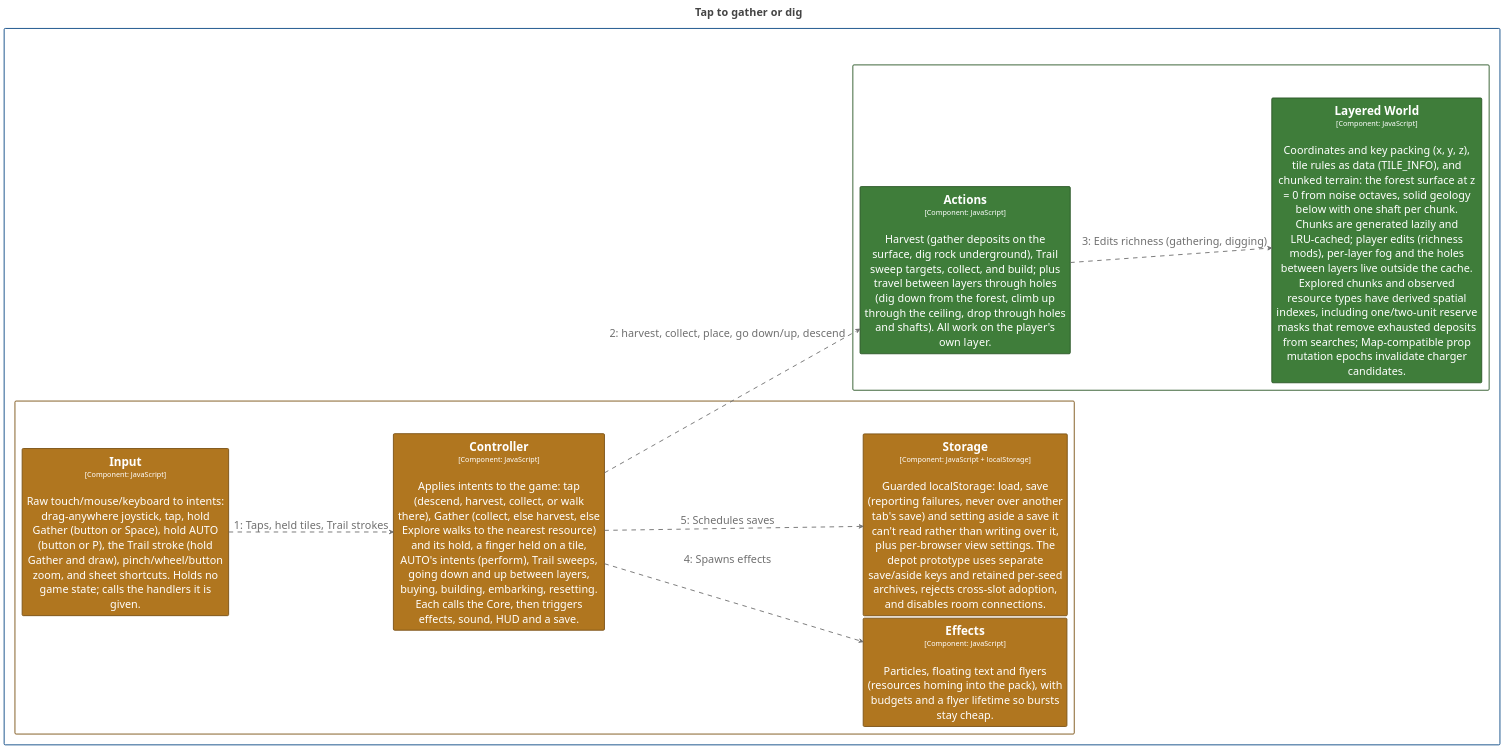
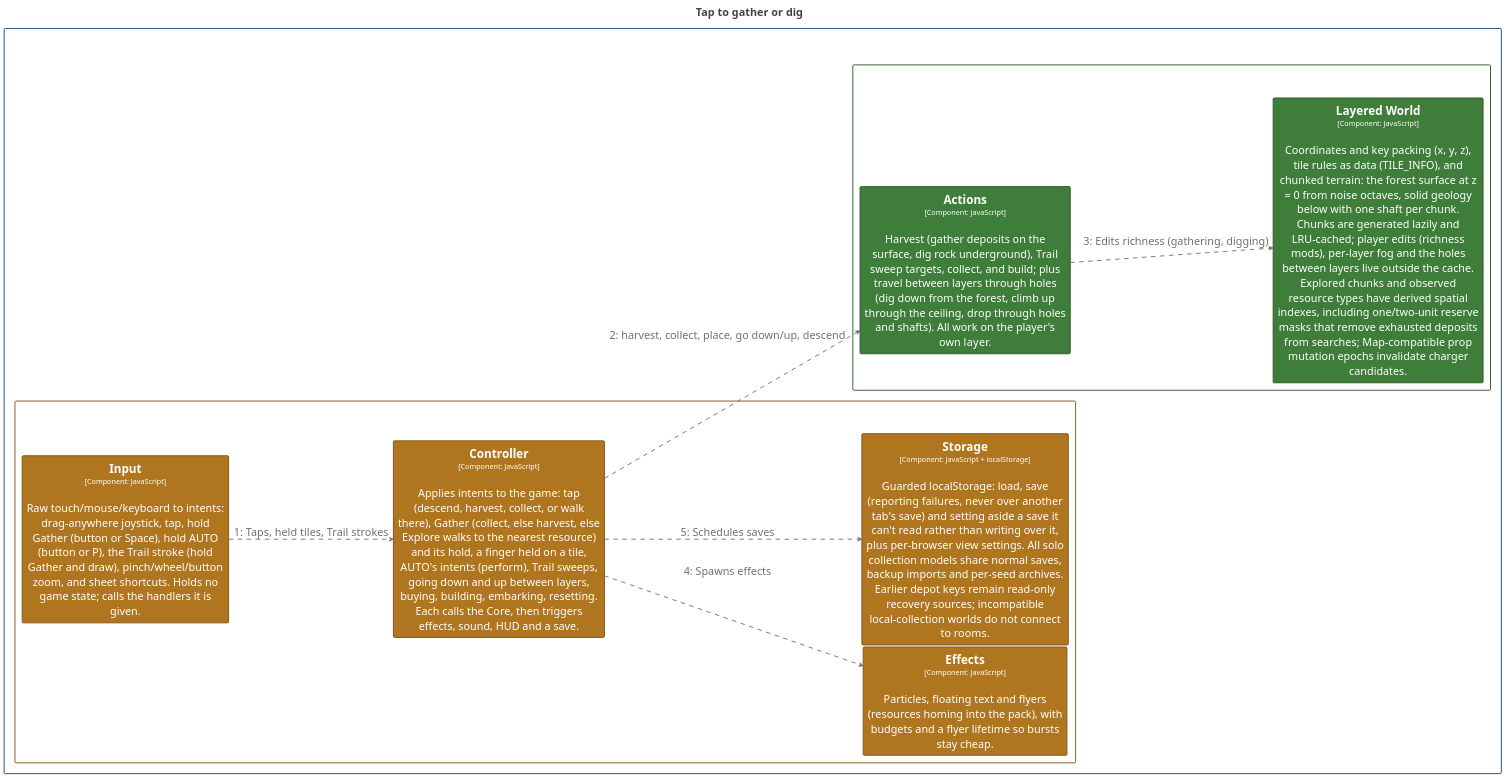
Before and after one commit to bitkojine/more-than-enough: the diagram in structurizr/diagrams/CollectFlow.puml, drawn with PlantUML. The commit also changed 30 other files, not shown here.

Commit message:
Remove retired prototype paths and unify solo backup imports

```diff
--- a/structurizr/diagrams/CollectFlow.puml
+++ b/structurizr/diagrams/CollectFlow.puml
@@ -2,104 +2,104 @@
 @startuml
 title <size:24>Tap to gather or dig</size>
 
 set separator none
 left to right direction
 skinparam ranksep 20
 skinparam nodesep 5
 hide stereotype
 
 <style>
   root {
     BackgroundColor: #ffffff;
     FontColor: #444444;
   }
   // Element,Component,Core Engine
   .Element-RWxlbWVudCxDb21wb25lbnQsQ29yZSBFbmdpbmU= {
     BackgroundColor: #3f7d3a;
     LineColor: #2c5728;
     LineStyle: 0;
     LineThickness: 2;
     FontColor: #ffffff;
     FontSize: 24;
     HorizontalAlignment: center;
     Shadowing: 0;
     MaximumWidth: 450;
   }
   // Element,Component,Presentation
   .Element-RWxlbWVudCxDb21wb25lbnQsUHJlc2VudGF0aW9u {
     BackgroundColor: #b0761f;
     LineColor: #7b5215;
     LineStyle: 0;
     LineThickness: 2;
     FontColor: #ffffff;
     FontSize: 24;
     HorizontalAlignment: center;
     Shadowing: 0;
     MaximumWidth: 450;
   }
   // Relationship
   .Relationship-UmVsYXRpb25zaGlw {
     LineThickness: 2;
     LineStyle: 10-10;
     LineColor: #707070;
     FontColor: #707070;
     FontSize: 24;
     MaximumWidth: 200;
   }
   // MORE THAN ENOUGH
   .Boundary-TU9SRSBUSEFOIEVOT1VHSA== {
     BackgroundColor: #ffffff;
     LineColor: #0b4884;
     LineStyle: 0;
     LineThickness: 2;
     FontColor: #ffffff;
     FontSize: 24;
     HorizontalAlignment: center;
     Shadowing: 0;
   }
   // Simulation Core
   .Boundary-U2ltdWxhdGlvbiBDb3Jl {
     BackgroundColor: #ffffff;
     LineColor: #2c5728;
     LineStyle: 0;
     LineThickness: 2;
     FontColor: #ffffff;
     FontSize: 24;
     HorizontalAlignment: center;
     Shadowing: 0;
   }
   // Web Application
   .Boundary-V2ViIEFwcGxpY2F0aW9u {
     BackgroundColor: #ffffff;
     LineColor: #7b5215;
     LineStyle: 0;
     LineThickness: 2;
     FontColor: #ffffff;
     FontSize: 24;
     HorizontalAlignment: center;
     Shadowing: 0;
   }
 </style>
 
 rectangle "MORE THAN ENOUGH\n<size:16>[Software System]</size>" <<Boundary-TU9SRSBUSEFOIEVOT1VHSA==>> {
   rectangle "Simulation Core\n<size:16>[Container: JavaScript modules (browser + Node)]</size>" <<Boundary-U2ltdWxhdGlvbiBDb3Jl>> {
     rectangle "==Layered World\n<size:16>[Component: JavaScript]</size>\n\nCoordinates and key packing (x, y, z), tile rules as data (TILE_INFO), and chunked terrain: the forest surface at z = 0 from noise octaves, solid geology below with one shaft per chunk. Chunks are generated lazily and LRU-cached; player edits (richness mods), per-layer fog and the holes between layers live outside the cache. Explored chunks and observed resource types have derived spatial indexes, including one/two-unit reserve masks that remove exhausted deposits from searches; Map-compatible prop mutation epochs invalidate charger candidates." <<Element-RWxlbWVudCxDb21wb25lbnQsQ29yZSBFbmdpbmU=>> as MORETHANENOUGH.SimulationCore.LayeredWorld
     rectangle "==Actions\n<size:16>[Component: JavaScript]</size>\n\nHarvest (gather deposits on the surface, dig rock underground), Trail sweep targets, collect, and build; plus travel between layers through holes (dig down from the forest, climb up through the ceiling, drop through holes and shafts). All work on the player's own layer." <<Element-RWxlbWVudCxDb21wb25lbnQsQ29yZSBFbmdpbmU=>> as MORETHANENOUGH.SimulationCore.Actions
   }
 
   rectangle "Web Application\n<size:16>[Container: HTML/CSS/JavaScript modules]</size>" <<Boundary-V2ViIEFwcGxpY2F0aW9u>> {
     rectangle "==Effects\n<size:16>[Component: JavaScript]</size>\n\nParticles, floating text and flyers (resources homing into the pack), with budgets and a flyer lifetime so bursts stay cheap." <<Element-RWxlbWVudCxDb21wb25lbnQsUHJlc2VudGF0aW9u>> as MORETHANENOUGH.WebApplication.Effects
-    rectangle "==Storage\n<size:16>[Component: JavaScript + localStorage]</size>\n\nGuarded localStorage: load, save (reporting failures, never over another tab's save) and setting aside a save it can't read rather than writing over it, plus per-browser view settings. The depot prototype uses separate save/aside keys and retained per-seed archives, rejects cross-slot adoption, and disables room connections." <<Element-RWxlbWVudCxDb21wb25lbnQsUHJlc2VudGF0aW9u>> as MORETHANENOUGH.WebApplication.Storage
+    rectangle "==Storage\n<size:16>[Component: JavaScript + localStorage]</size>\n\nGuarded localStorage: load, save (reporting failures, never over another tab's save) and setting aside a save it can't read rather than writing over it, plus per-browser view settings. All solo collection models share normal saves, backup imports and per-seed archives. Earlier depot keys remain read-only recovery sources; incompatible local-collection worlds do not connect to rooms." <<Element-RWxlbWVudCxDb21wb25lbnQsUHJlc2VudGF0aW9u>> as MORETHANENOUGH.WebApplication.Storage
     rectangle "==Input\n<size:16>[Component: JavaScript]</size>\n\nRaw touch/mouse/keyboard to intents: drag-anywhere joystick, tap, hold Gather (button or Space), hold AUTO (button or P), the Trail stroke (hold Gather and draw), pinch/wheel/button zoom, and sheet shortcuts. Holds no game state; calls the handlers it is given." <<Element-RWxlbWVudCxDb21wb25lbnQsUHJlc2VudGF0aW9u>> as MORETHANENOUGH.WebApplication.Input
     rectangle "==Controller\n<size:16>[Component: JavaScript]</size>\n\nApplies intents to the game: tap (descend, harvest, collect, or walk there), Gather (collect, else harvest, else Explore walks to the nearest resource) and its hold, a finger held on a tile, AUTO's intents (perform), Trail sweeps, going down and up between layers, buying, building, embarking, resetting. Each calls the Core, then triggers effects, sound, HUD and a save." <<Element-RWxlbWVudCxDb21wb25lbnQsUHJlc2VudGF0aW9u>> as MORETHANENOUGH.WebApplication.Controller
   }
 
 }
 
 MORETHANENOUGH.WebApplication.Input --> MORETHANENOUGH.WebApplication.Controller <<Relationship-UmVsYXRpb25zaGlw>> : "1: Taps, held tiles, Trail strokes"
 MORETHANENOUGH.WebApplication.Controller --> MORETHANENOUGH.SimulationCore.Actions <<Relationship-UmVsYXRpb25zaGlw>> : "2: harvest, collect, place, go down/up, descend"
 MORETHANENOUGH.SimulationCore.Actions --> MORETHANENOUGH.SimulationCore.LayeredWorld <<Relationship-UmVsYXRpb25zaGlw>> : "3: Edits richness (gathering, digging)"
 MORETHANENOUGH.WebApplication.Controller --> MORETHANENOUGH.WebApplication.Effects <<Relationship-UmVsYXRpb25zaGlw>> : "4: Spawns effects"
 MORETHANENOUGH.WebApplication.Controller --> MORETHANENOUGH.WebApplication.Storage <<Relationship-UmVsYXRpb25zaGlw>> : "5: Schedules saves"
 
 @enduml
```
